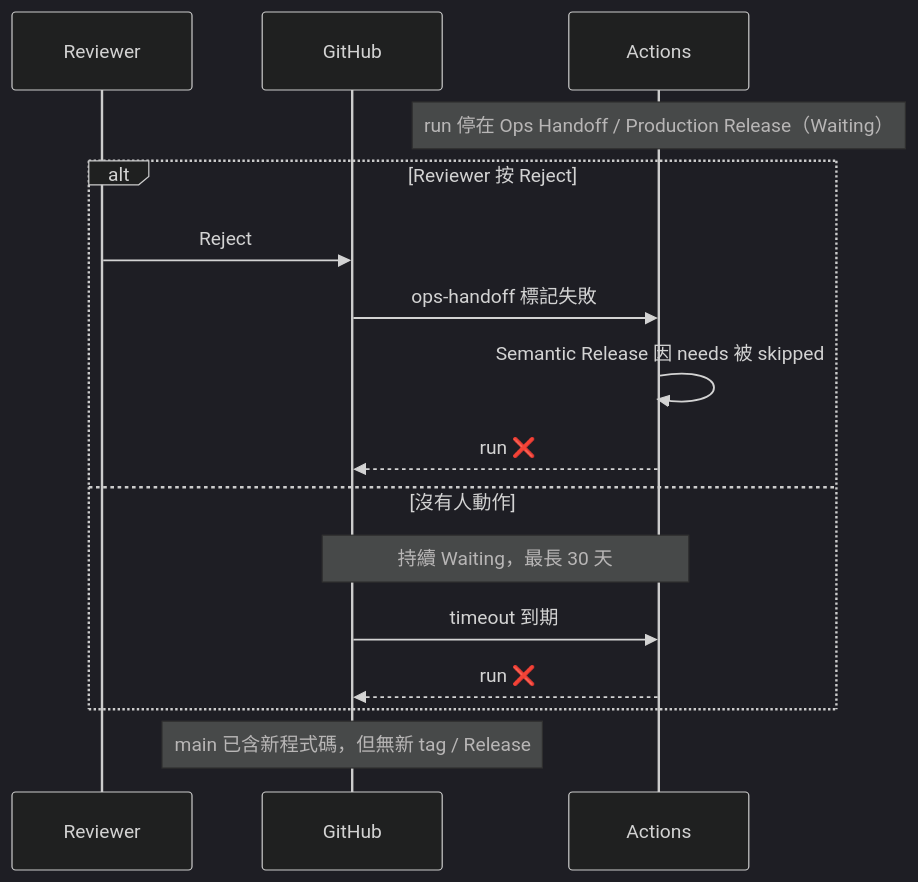
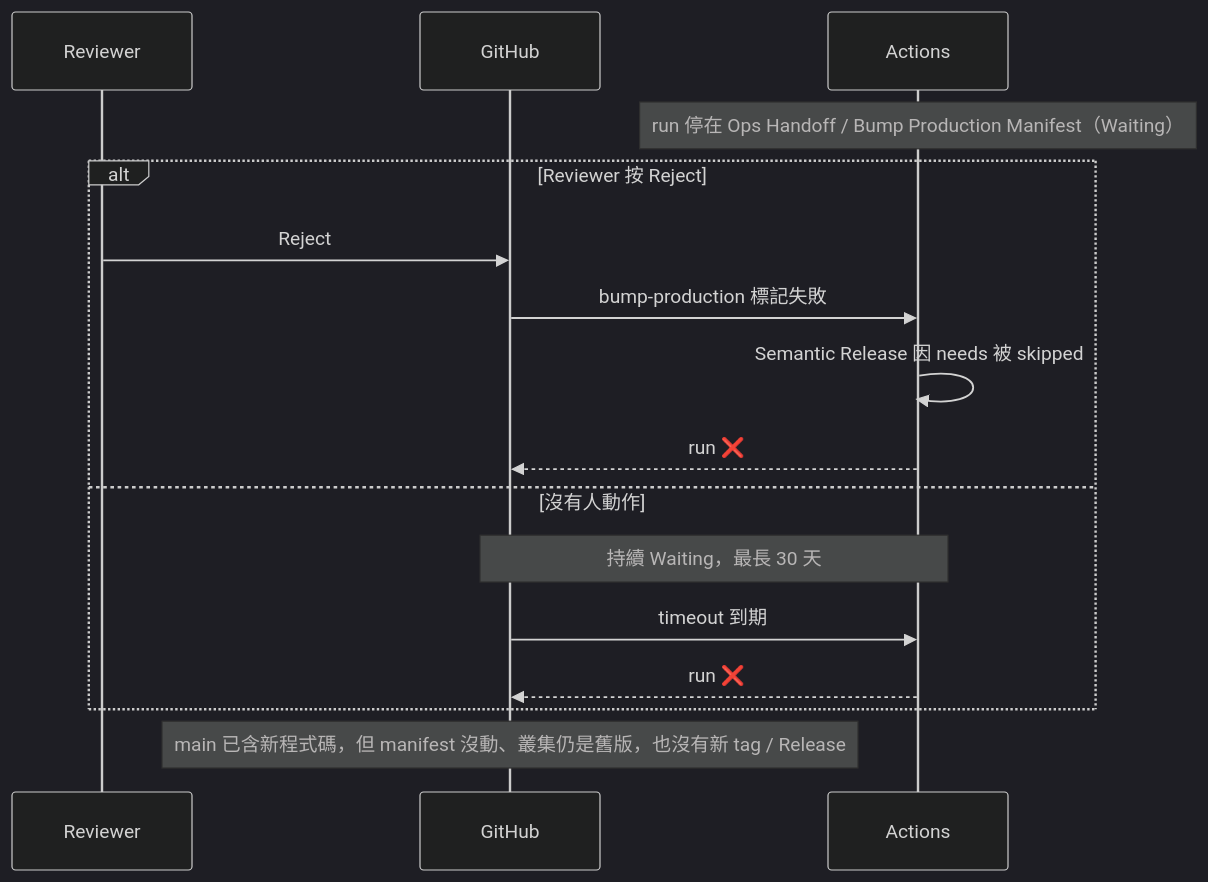
Diagram 11 of 20 in docs/use-cases.md (liaooliver/notes), drawn with Mermaid (dark theme) before and after one commit. The commit also changed other lines of this file, not shown here.

First line of the commit message:
docs(use-cases): 補上 GitOps 那半邊，並修掉過期的 job 與檔案路徑

````diff
--- a/docs/use-cases.md
+++ b/docs/use-cases.md
@@ -497,18 +541,18 @@
 ```mermaid
 sequenceDiagram
     participant R as Reviewer
     participant G as GitHub
     participant A as Actions
-    Note over A: run 停在 Ops Handoff / Production Release（Waiting）
+    Note over A: run 停在 Ops Handoff / Bump Production Manifest（Waiting）
     alt Reviewer 按 Reject
         R->>G: Reject
-        G->>A: ops-handoff 標記失敗
+        G->>A: bump-production 標記失敗
         A->>A: Semantic Release 因 needs 被 skipped
         A-->>G: run ❌
     else 沒有人動作
         Note over G,A: 持續 Waiting，最長 30 天
         G->>A: timeout 到期
         A-->>G: run ❌
     end
-    Note over G: main 已含新程式碼，但無新 tag / Release
+    Note over G: main 已含新程式碼，但 manifest 沒動、叢集仍是舊版，也沒有新 tag / Release
 ```
````
